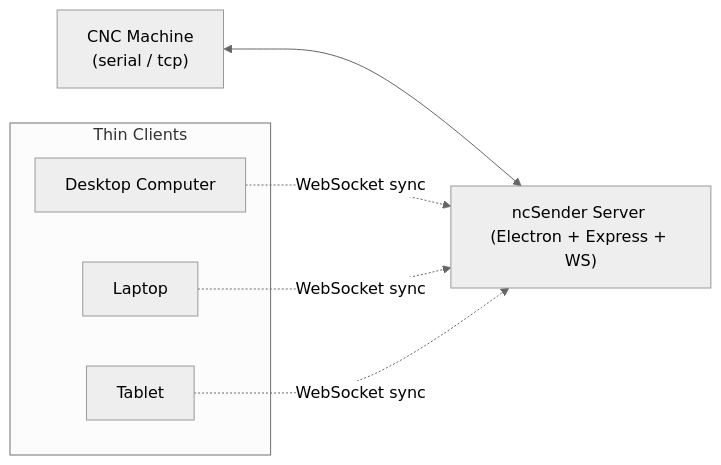
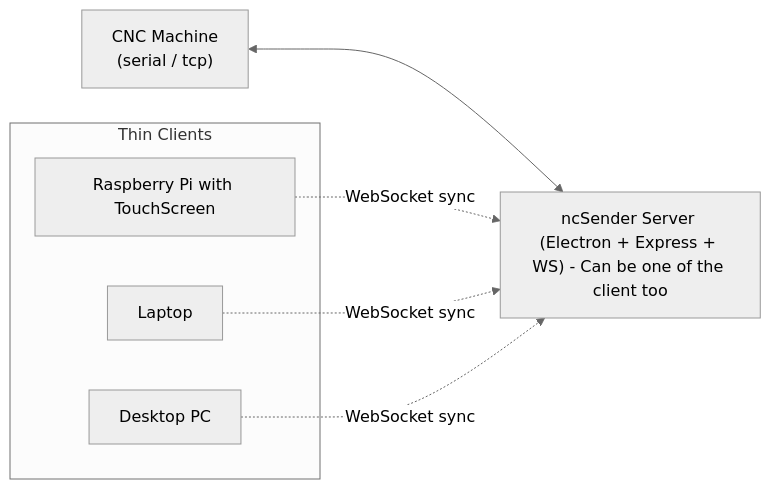
The first of 2 diagrams in docs/ARCHITECTURE.md (siganberg/ncSender), drawn with Mermaid (neutral theme) before and after one commit. The commit also changed other lines of this file, not shown here.

````diff
--- a/docs/ARCHITECTURE.md
+++ b/docs/ARCHITECTURE.md
@@ -6,16 +6,17 @@
 ```mermaid
 graph LR
+
     Machine["CNC Machine\n(serial / tcp)"]
-    Server["ncSender Server (Electron + Express + WS)"]
+    Server["ncSender Server (Electron + Express + WS) - Can be one of the client too"]
 
     subgraph Clients["Thin Clients"]
-        ClientA["Desktop Computer"]
+        ClientA["Raspberry Pi with TouchScreen"]
         ClientB["Laptop"]
-        ClientN["Tablet"]
+        ClientN["Desktop PC"]
     end
 
     Machine <--> Server
     ClientA -. WebSocket sync .-> Server
     ClientB -. WebSocket sync .-> Server
     ClientN -. WebSocket sync .-> Server
 ```
````
